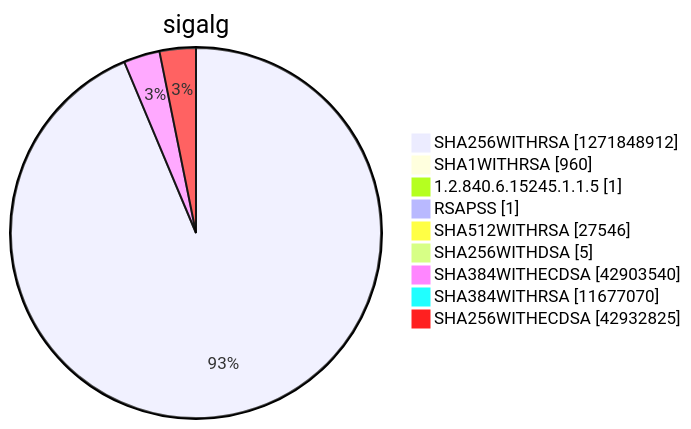
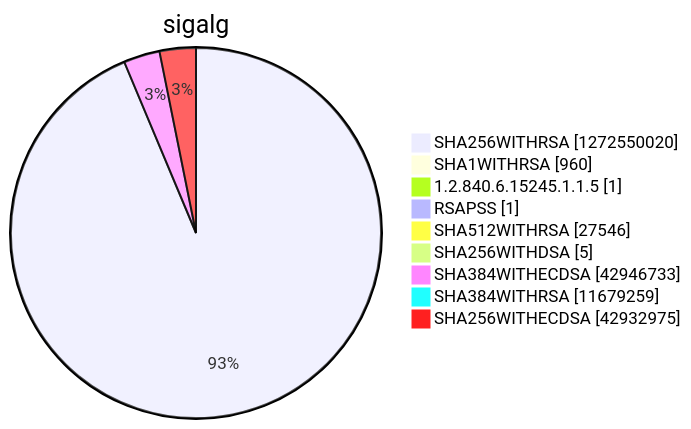
Diagram 15 of 15 in argon2022/README.md (christiankrug/ctmonitor_visualization), drawn with Mermaid before and after one commit. The commit also changed other lines of this file, not shown here.

````diff
--- a/argon2022/README.md
+++ b/argon2022/README.md
@@ -5522,13 +5522,13 @@
 ```mermaid
 pie showData
 title sigalg
-"SHA256WITHRSA" :1271848912
+"SHA256WITHRSA" :1272550020
 "SHA1WITHRSA" :960
 "1.2.840.6.15245.1.1.5" :1
 "RSAPSS" :1
 "SHA512WITHRSA" :27546
 "SHA256WITHDSA" :5
-"SHA384WITHECDSA" :42903540
-"SHA384WITHRSA" :11677070
-"SHA256WITHECDSA" :42932825
+"SHA384WITHECDSA" :42946733
+"SHA384WITHRSA" :11679259
+"SHA256WITHECDSA" :42932975
 ```
````
